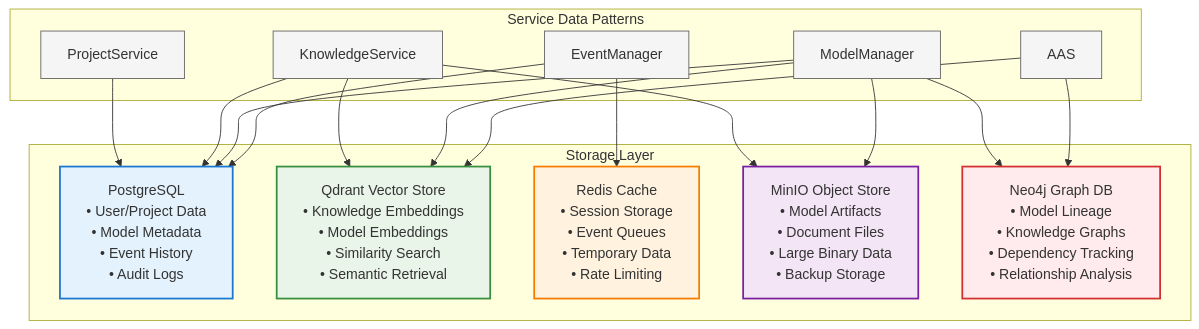
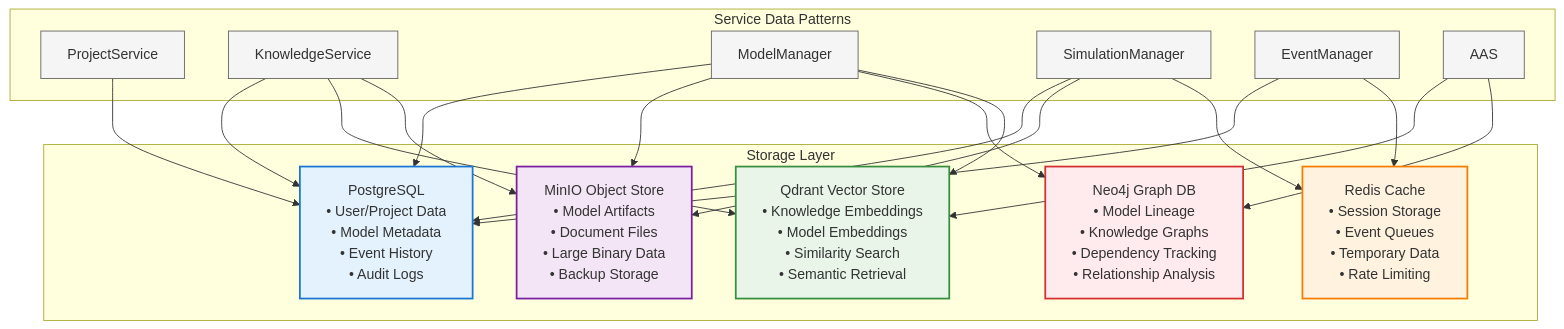
One commit to laserpointlabs/dadms changed the second of 2 diagrams in docs/architecture/README.md. Above: the diagram before and after it, drawn with Mermaid. The commit also changed other lines of this file and 9 other files, not shown here.

First line of the commit message:
feat: Add Simulation Manager API documentation and architecture updates

````diff
--- a/docs/architecture/README.md
+++ b/docs/architecture/README.md
@@ -89,40 +94,43 @@
 ```mermaid
 %%{init: { 'flowchart': { 'curve': 'orthogonal' }}}%%
 flowchart TD
     subgraph Storage["Storage Layer"]
         PostgreSQL["PostgreSQL<br/>• User/Project Data<br/>• Model Metadata<br/>• Event History<br/>• Audit Logs"]
         Qdrant["Qdrant Vector Store<br/>• Knowledge Embeddings<br/>• Model Embeddings<br/>• Similarity Search<br/>• Semantic Retrieval"]
         Redis["Redis Cache<br/>• Session Storage<br/>• Event Queues<br/>• Temporary Data<br/>• Rate Limiting"]
         MinIO["MinIO Object Store<br/>• Model Artifacts<br/>• Document Files<br/>• Large Binary Data<br/>• Backup Storage"]
         Neo4j["Neo4j Graph DB<br/>• Model Lineage<br/>• Knowledge Graphs<br/>• Dependency Tracking<br/>• Relationship Analysis"]
     end
     
     subgraph Services["Service Data Patterns"]
         ProjectService --> PostgreSQL
         KnowledgeService --> PostgreSQL
         KnowledgeService --> Qdrant
         KnowledgeService --> MinIO
         ModelManager --> PostgreSQL
         ModelManager --> MinIO
         ModelManager --> Neo4j
         ModelManager --> Qdrant
+        SimulationManager --> PostgreSQL
+        SimulationManager --> MinIO
+        SimulationManager --> Redis
         EventManager --> PostgreSQL
         EventManager --> Redis
         AAS --> Qdrant
         AAS --> Neo4j
     end
     
     classDef primary fill:#e3f2fd,stroke:#1976d2,stroke-width:2px;
     classDef vector fill:#e8f5e8,stroke:#388e3c,stroke-width:2px;
     classDef cache fill:#fff3e0,stroke:#f57c00,stroke-width:2px;
     classDef object fill:#f3e5f5,stroke:#7b1fa2,stroke-width:2px;
     classDef graphdb fill:#ffebee,stroke:#d32f2f,stroke-width:2px;
     classDef service fill:#f5f5f5,stroke:#616161,stroke-width:1px;
     
     class PostgreSQL primary;
     class Qdrant vector;
     class Redis cache;
     class MinIO object;
     class Neo4j graphdb;
-    class ProjectService,KnowledgeService,ModelManager,EventManager,AAS service;
+    class ProjectService,KnowledgeService,ModelManager,SimulationManager,EventManager,AAS service;
 ```
````
